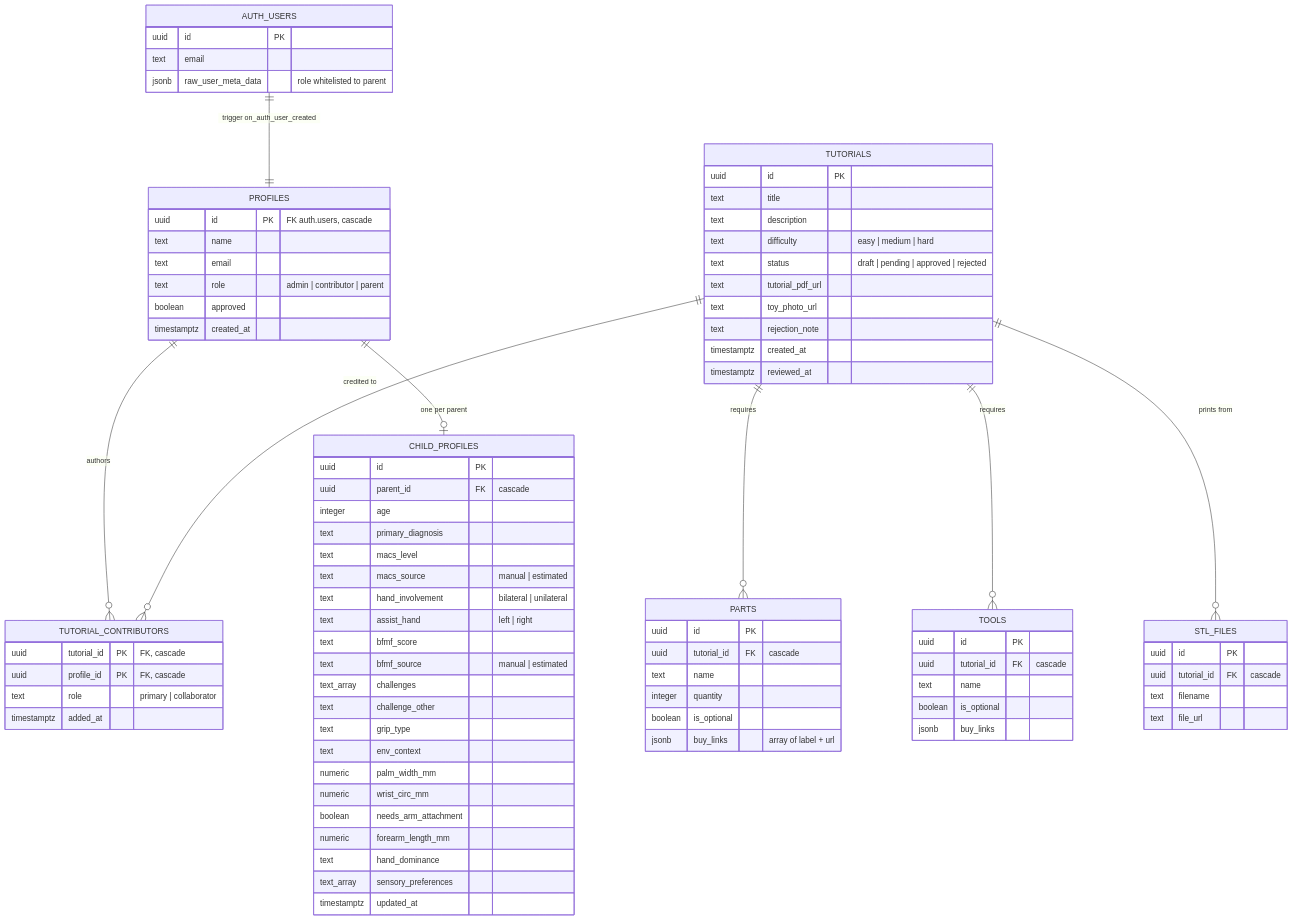
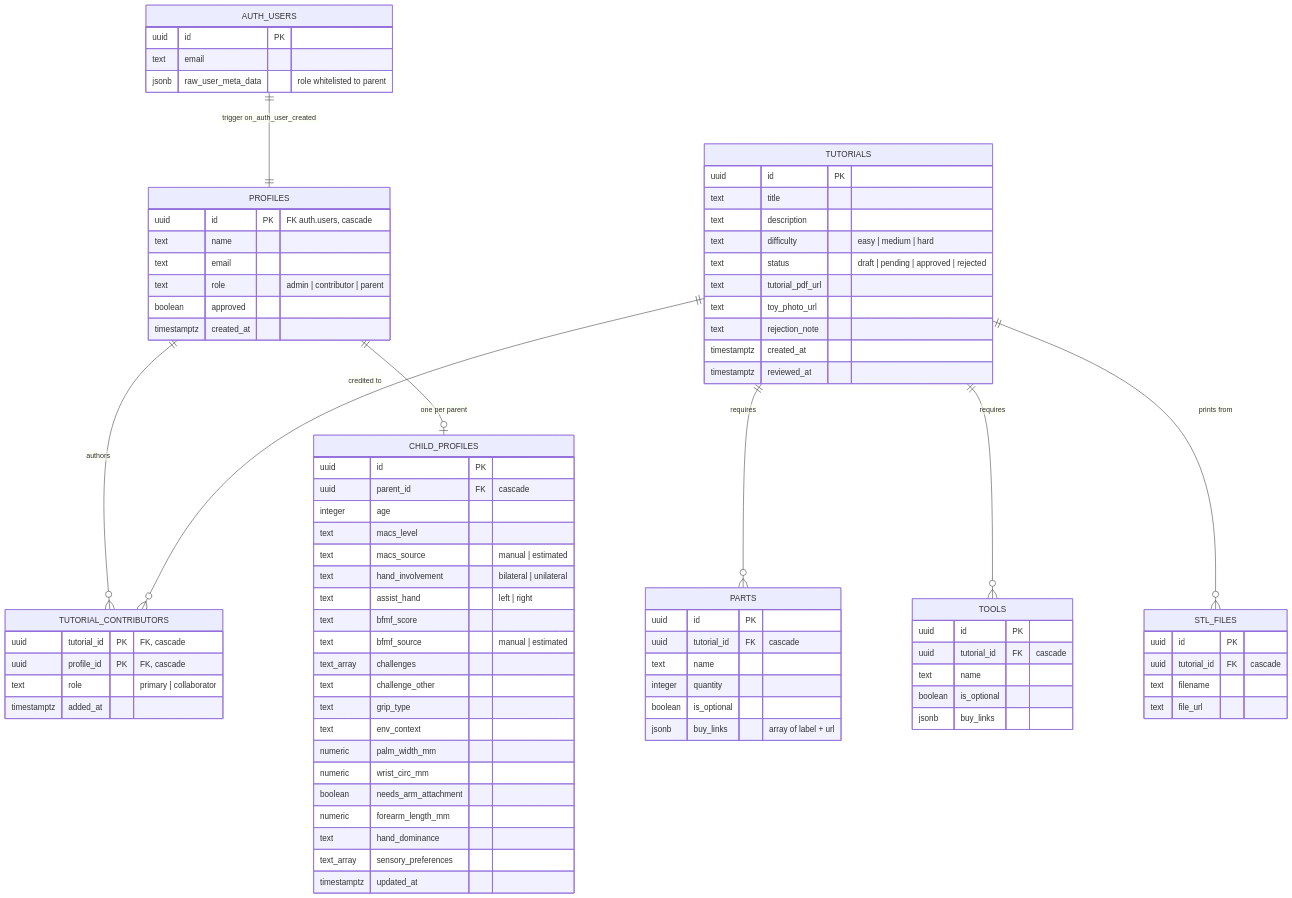
One commit to bpetselis01/splat-connect changed the third of 6 diagrams in ARCHITECTURE.md. Above: the diagram before and after it, drawn with Mermaid. The commit also changed other lines of this file and 29 other files, not shown here.

```diff
--- a/ARCHITECTURE.md
+++ b/ARCHITECTURE.md
@@ -258,7 +258,6 @@
         uuid id PK
         uuid parent_id FK "cascade"
         integer age
-        text primary_diagnosis
         text macs_level
         text macs_source "manual | estimated"
         text hand_involvement "bilateral | unilateral"
```
